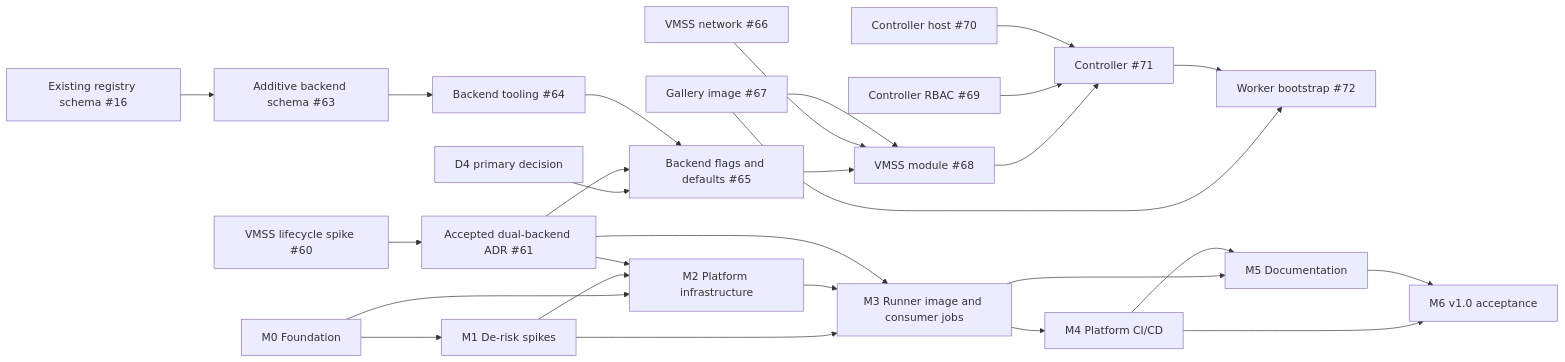
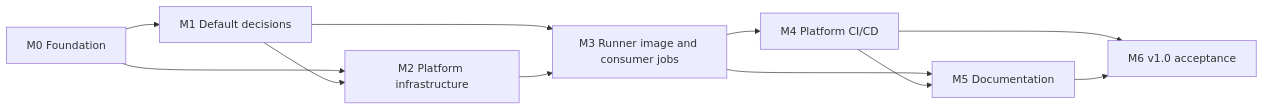
One commit to jonathan-vella/azure-gh-runners changed the diagram in docs/roadmap.md. Above: the diagram before and after it, drawn with Mermaid. The commit also changed other lines of this file and 24 other files, not shown here.

````diff
--- a/docs/roadmap.md
+++ b/docs/roadmap.md
@@ -7,29 +6,13 @@
 ```mermaid
 graph LR
-  M0[M0 Foundation] --> M1[M1 De-risk spikes]
+  M0[M0 Foundation] --> M1[M1 Default decisions]
   M0 --> M2[M2 Platform infrastructure]
   M1 --> M2
   M1 --> M3[M3 Runner image and consumer jobs]
   M2 --> M3
-  S60[VMSS lifecycle spike #60] --> A61[Accepted dual-backend ADR #61]
-  A61 --> M3
-  A61 --> M2
-  S16[Existing registry schema #16] --> N63[Additive backend schema #63]
-  N63 --> T64[Backend tooling #64]
-  D4[D4 primary decision] --> F65[Backend flags and defaults #65]
-  A61 --> F65
-  T64 --> F65
-  F65 --> V68[VMSS module #68]
-  N66[VMSS network #66] --> V68
-  I67[Gallery image #67] --> V68
-  V68 --> C71[Controller #71]
-  RB69[Controller RBAC #69] --> C71
-  H70[Controller host #70] --> C71
-  I67 --> W72[Worker bootstrap #72]
-  C71 --> W72
   M3 --> M4[M4 Platform CI/CD]
   M3 --> M5[M5 Documentation]
   M4 --> M5
   M4 --> M6[M6 v1.0 acceptance]
   M5 --> M6
 ```
````
